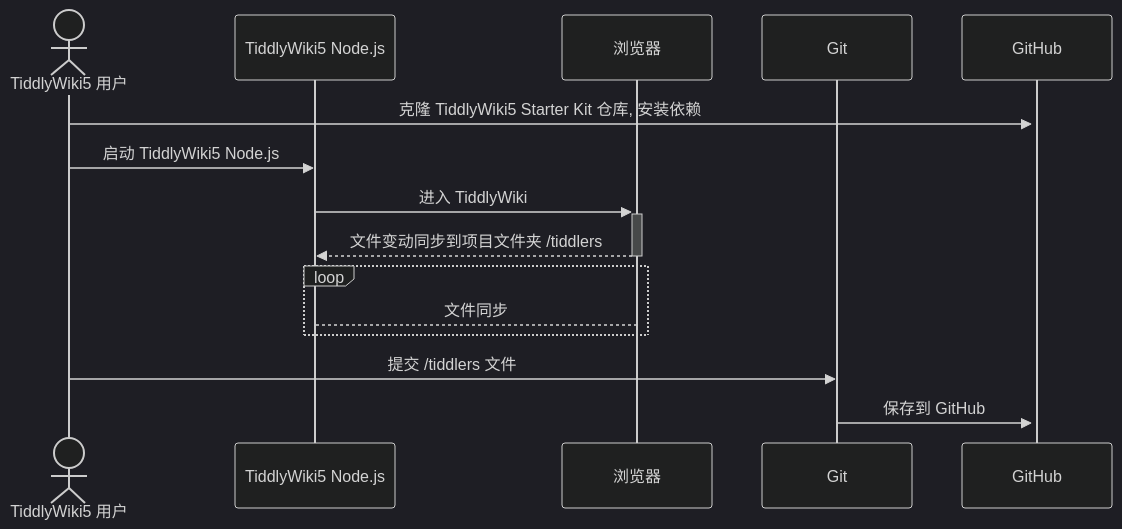
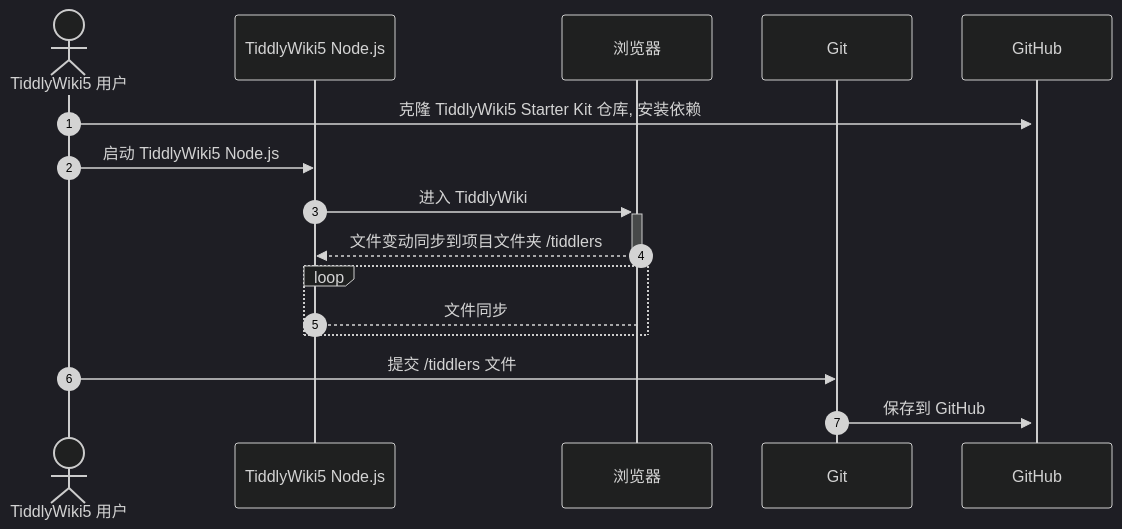
Before and after one commit to oeyoews/tiddlywiki-starter-kit: the second of 2 diagrams in README.md, drawn with Mermaid (dark theme).

Commit message:
feat: add autonumbering to mermaid sequence diagram in README

````diff
--- a/README.md
+++ b/README.md
@@ -41,17 +41,18 @@
 ```mermaid
 sequenceDiagram
+autonumber
     actor user as TiddlyWiki5 用户
     participant nodejs as TiddlyWiki5 Node.js
     participant website as 浏览器
     participant git as Git
     participant github as GitHub
     user ->>+ github : 克隆 TiddlyWiki5 Starter Kit 仓库, 安装依赖
     user ->> nodejs : 启动 TiddlyWiki5 Node.js
     nodejs ->>+ website : 进入 TiddlyWiki
     website -->>- nodejs : 文件变动同步到项目文件夹 /tiddlers
     loop
 		nodejs --> website:文件同步
 	end
     user ->> git : 提交 /tiddlers 文件
     git ->> github : 保存到 GitHub
 ```
````
